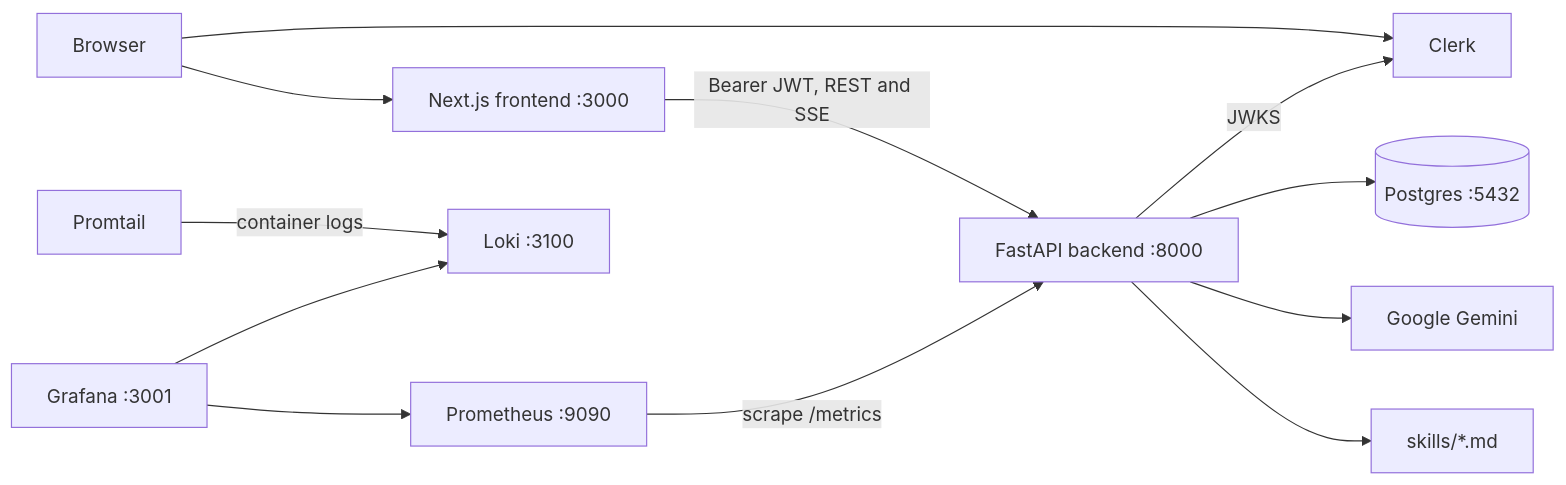
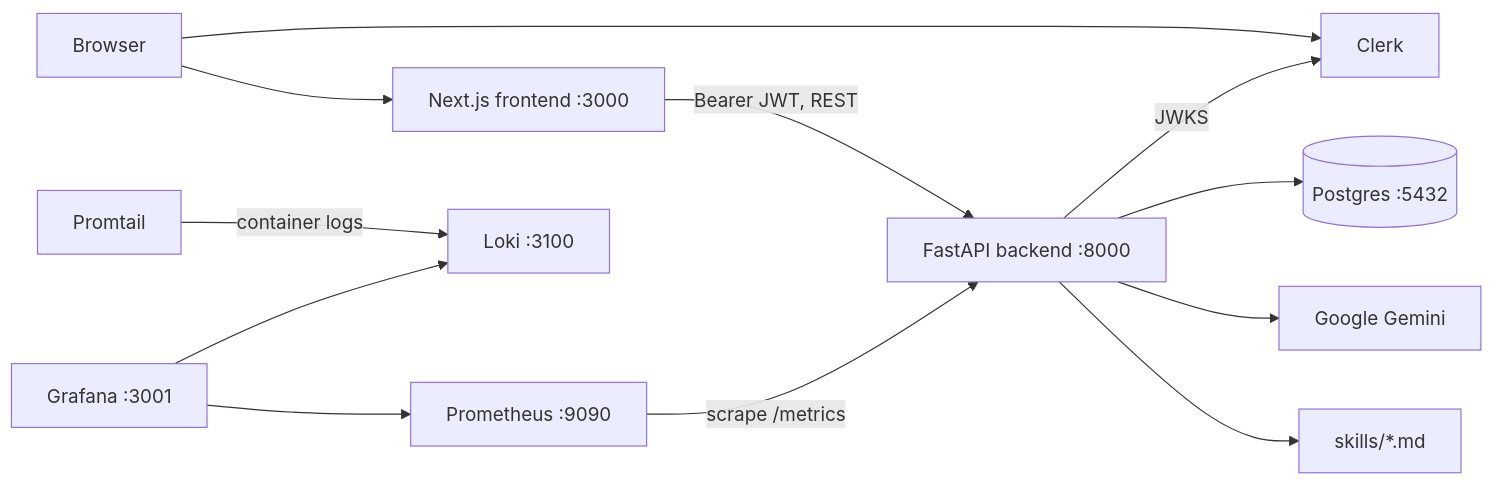
One commit to paulpolz/lingua-coach changed the diagram in docs/tech_requirements/README.md. Above: the diagram before and after it, drawn with Mermaid. The commit also changed other lines of this file and 26 other files, not shown here.

````diff
--- a/docs/tech_requirements/README.md
+++ b/docs/tech_requirements/README.md
@@ -16,14 +16,14 @@
 ```mermaid
 flowchart LR
   browser[Browser] --> next[Next.js frontend :3000]
   browser --> clerk[Clerk]
-  next -->|Bearer JWT, REST and SSE| api[FastAPI backend :8000]
+  next -->|Bearer JWT, REST| api[FastAPI backend :8000]
   api -->|JWKS| clerk
   api --> pg[(Postgres :5432)]
   api --> gemini[Google Gemini]
   api --> skills["skills/*.md"]
   prom[Prometheus :9090] -->|scrape /metrics| api
   promtail[Promtail] -->|container logs| loki[Loki :3100]
   grafana[Grafana :3001] --> prom
   grafana --> loki
 ```
````
